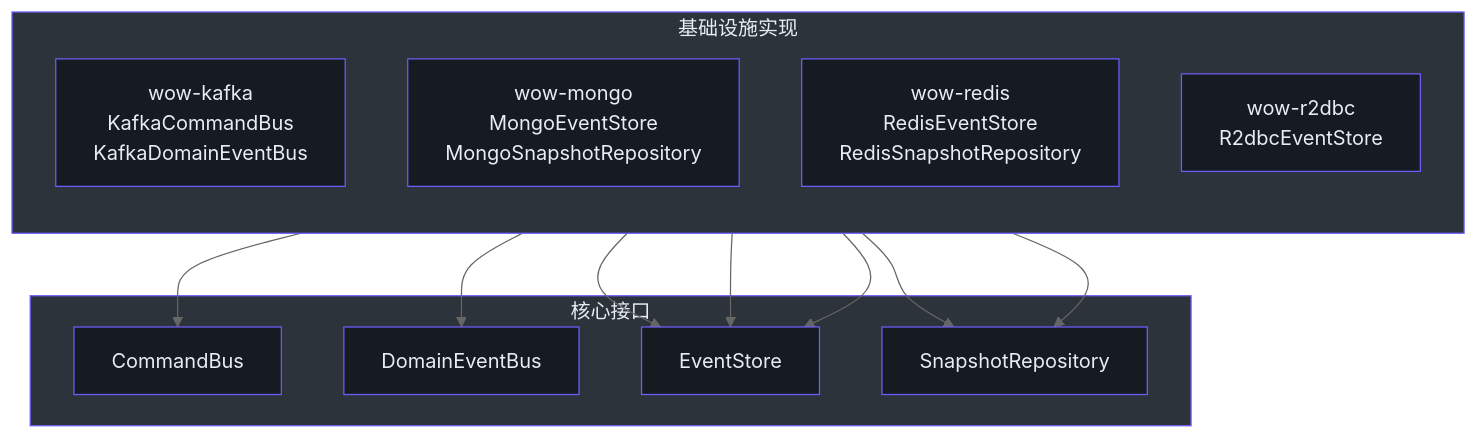
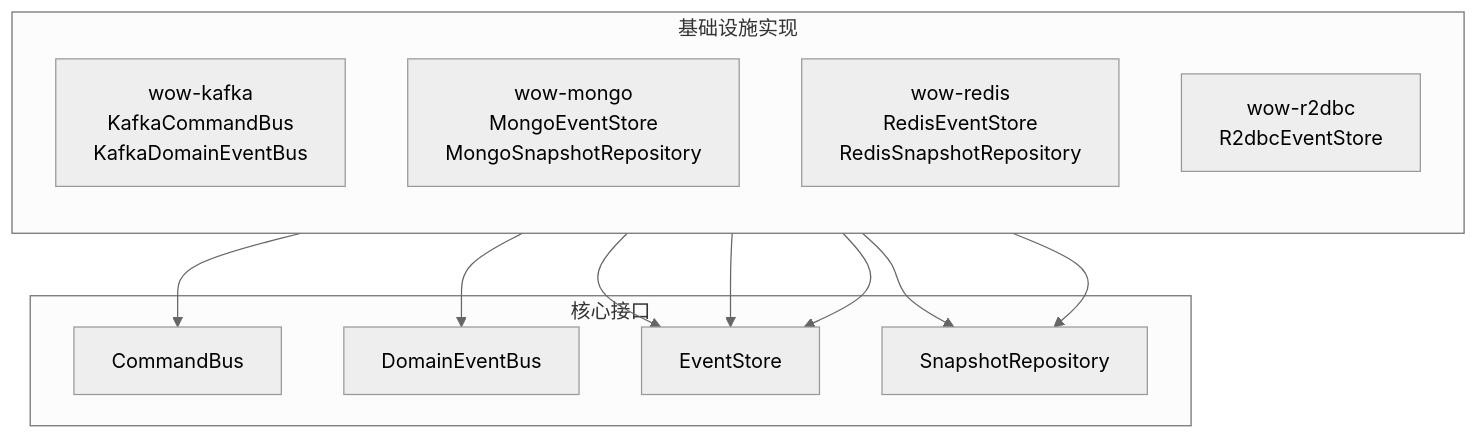
Before and after one commit to Ahoo-Wang/Wow: the second of 3 diagrams in documentation/docs/zh/guide/advanced/module-dependencies.md, drawn with Mermaid (neutral theme). The commit also changed other lines of this file and 32 other files, not shown here.

Commit message:
docs: remove unsupported style/classDef directives from stateDiagram-v2 Mermaid blocks

````diff
--- a/documentation/docs/zh/guide/advanced/module-dependencies.md
+++ b/documentation/docs/zh/guide/advanced/module-dependencies.md
@@ -308,38 +278,28 @@
 ```mermaid
 graph TB
     subgraph Interfaces["核心接口"]
         CB["CommandBus"]
         DEB["DomainEventBus"]
         ES["EventStore"]
         SR["SnapshotRepository"]
     end
 
     subgraph Implementations["基础设施实现"]
         direction TB
         K["wow-kafka<br>KafkaCommandBus<br>KafkaDomainEventBus"]
         M["wow-mongo<br>MongoEventStore<br>MongoSnapshotRepository"]
         R["wow-redis<br>RedisEventStore<br>RedisSnapshotRepository"]
         R2["wow-r2dbc<br>R2dbcEventStore"]
     end
 
     K --> CB
     K --> DEB
     M --> ES
     M --> SR
     R --> ES
     R --> SR
     R2 --> ES
 
-    style Interfaces fill:#2d333b,stroke:#6d5dfc,color:#e6edf3
-    style Implementations fill:#2d333b,stroke:#6d5dfc,color:#e6edf3
-    style CB fill:#161b22,stroke:#6d5dfc,color:#e6edf3
-    style DEB fill:#161b22,stroke:#6d5dfc,color:#e6edf3
-    style ES fill:#161b22,stroke:#6d5dfc,color:#e6edf3
-    style SR fill:#161b22,stroke:#6d5dfc,color:#e6edf3
-    style K fill:#161b22,stroke:#6d5dfc,color:#e6edf3
-    style M fill:#161b22,stroke:#6d5dfc,color:#e6edf3
-    style R fill:#161b22,stroke:#6d5dfc,color:#e6edf3
-    style R2 fill:#161b22,stroke:#6d5dfc,color:#e6edf3
 
 
 ```
````
